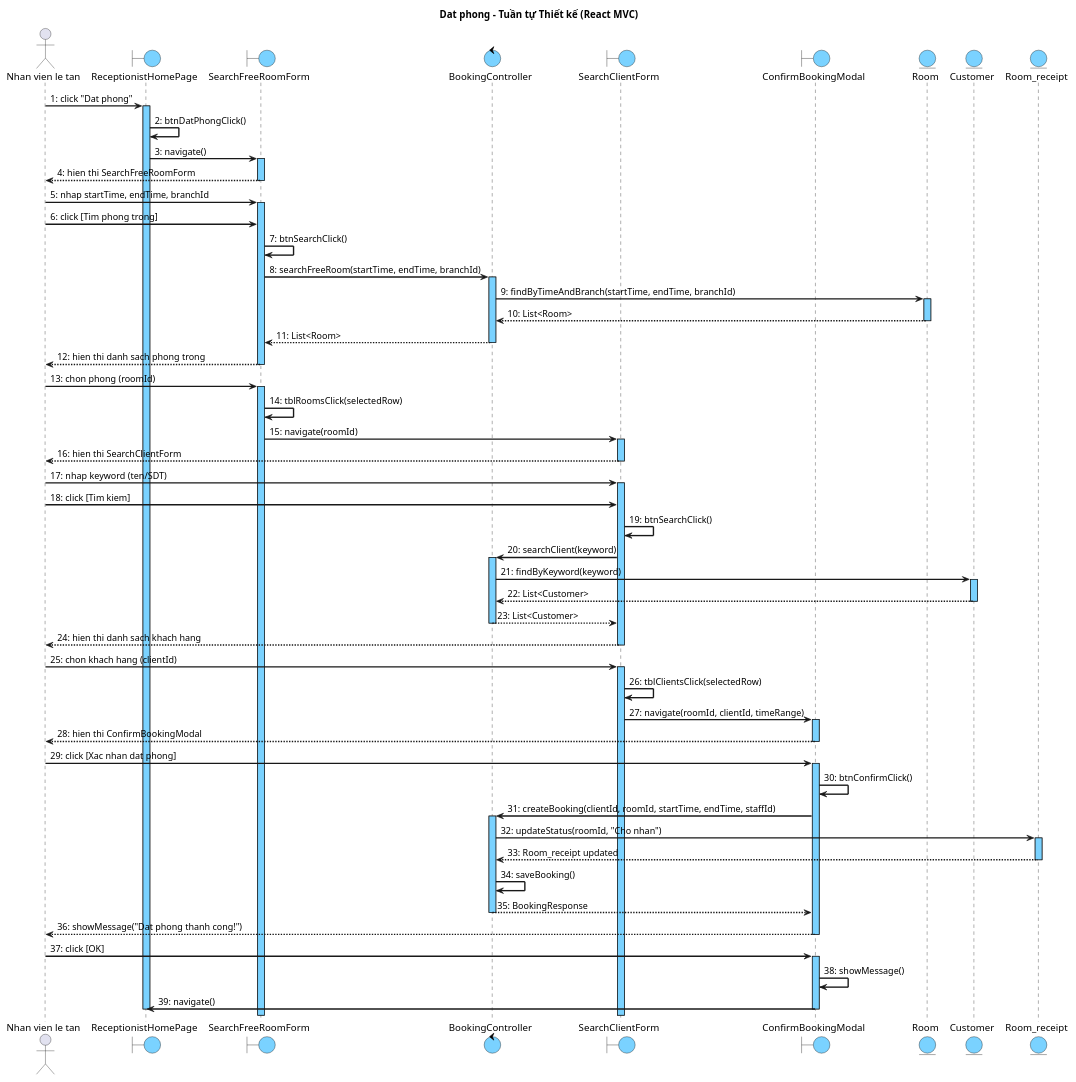
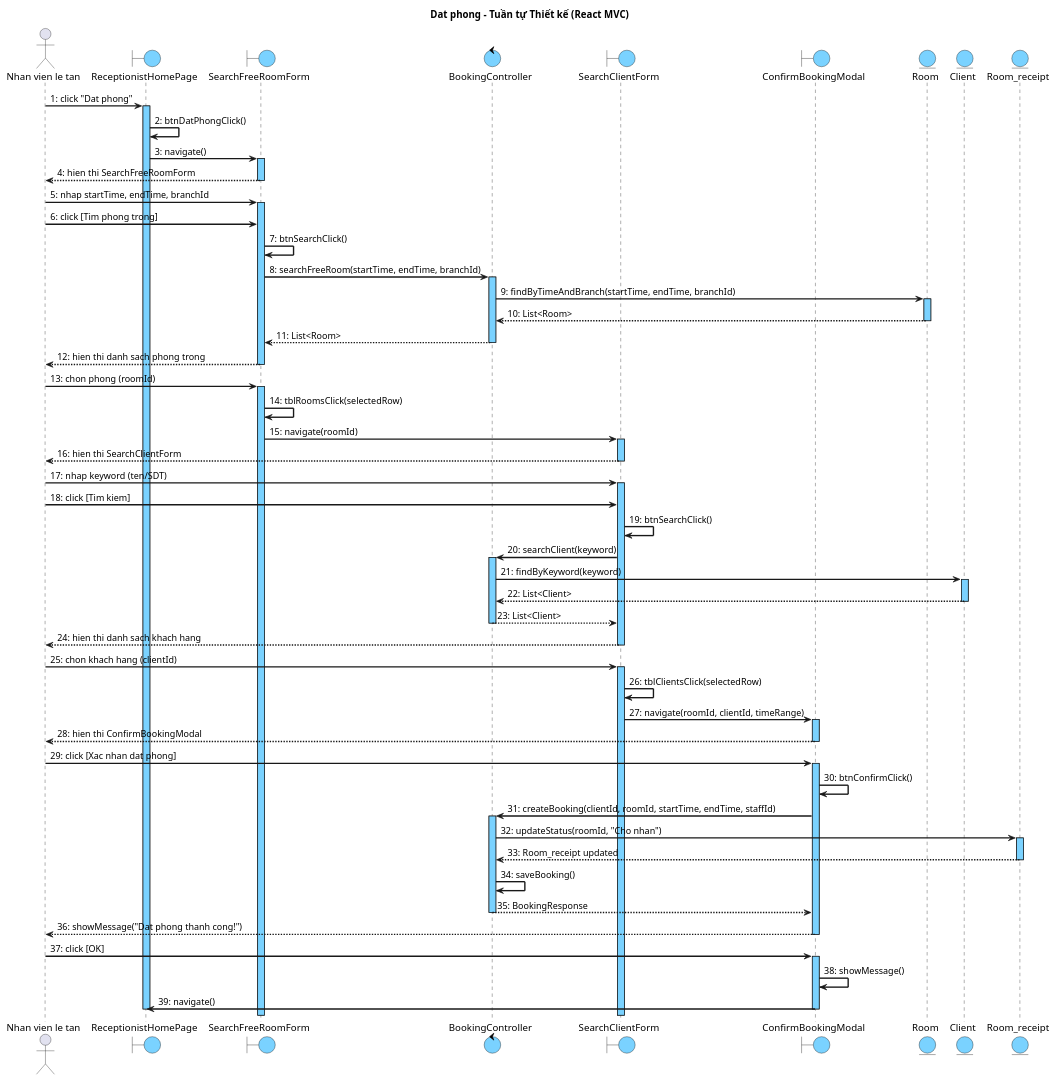
Before and after one commit to thanhtrnnn/cnpm: the first of 4 diagrams in docs/tabs/section-booking-iii.4.md, drawn with PlantUML. The commit also changed other lines of this file and 16 other files, not shown here.

```diff
--- a/docs/tabs/section-booking-iii.4.md
+++ b/docs/tabs/section-booking-iii.4.md
@@ -29,7 +29,7 @@
 boundary "SearchClientForm" as SCF
 boundary "ConfirmBookingModal" as CBM
 entity "Room" as Room
-entity "Customer" as Cust
+entity "Client" as Cust
 entity "Room_receipt" as RR
 
 NV -> Home : 1: click "Dat phong"
@@ -71,9 +71,9 @@
 activate Ctrl
 Ctrl -> Cust : 21: findByKeyword(keyword)
 activate Cust
-Cust --> Ctrl : 22: List<Customer>
+Cust --> Ctrl : 22: List<Client>
 deactivate Cust
-Ctrl --> SCF : 23: List<Customer>
+Ctrl --> SCF : 23: List<Client>
 deactivate Ctrl
 SCF --> NV : 24: hien thi danh sach khach hang
 deactivate SCF
```
